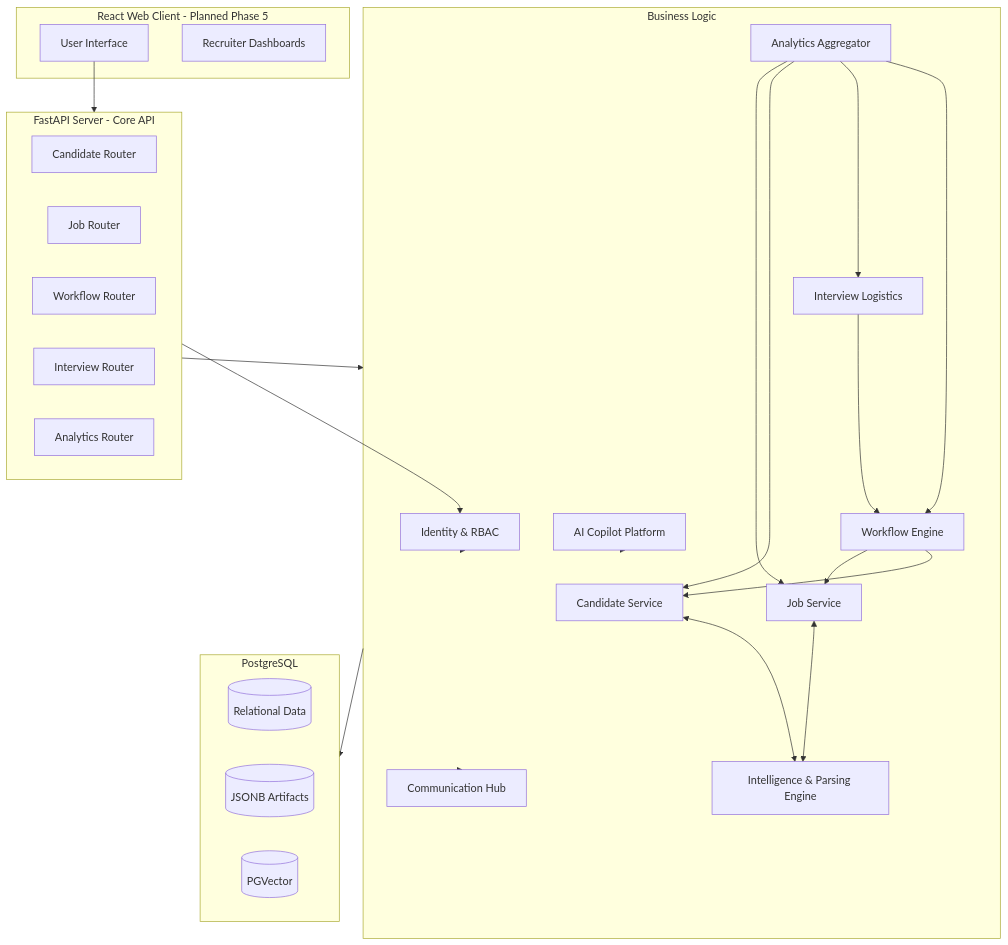
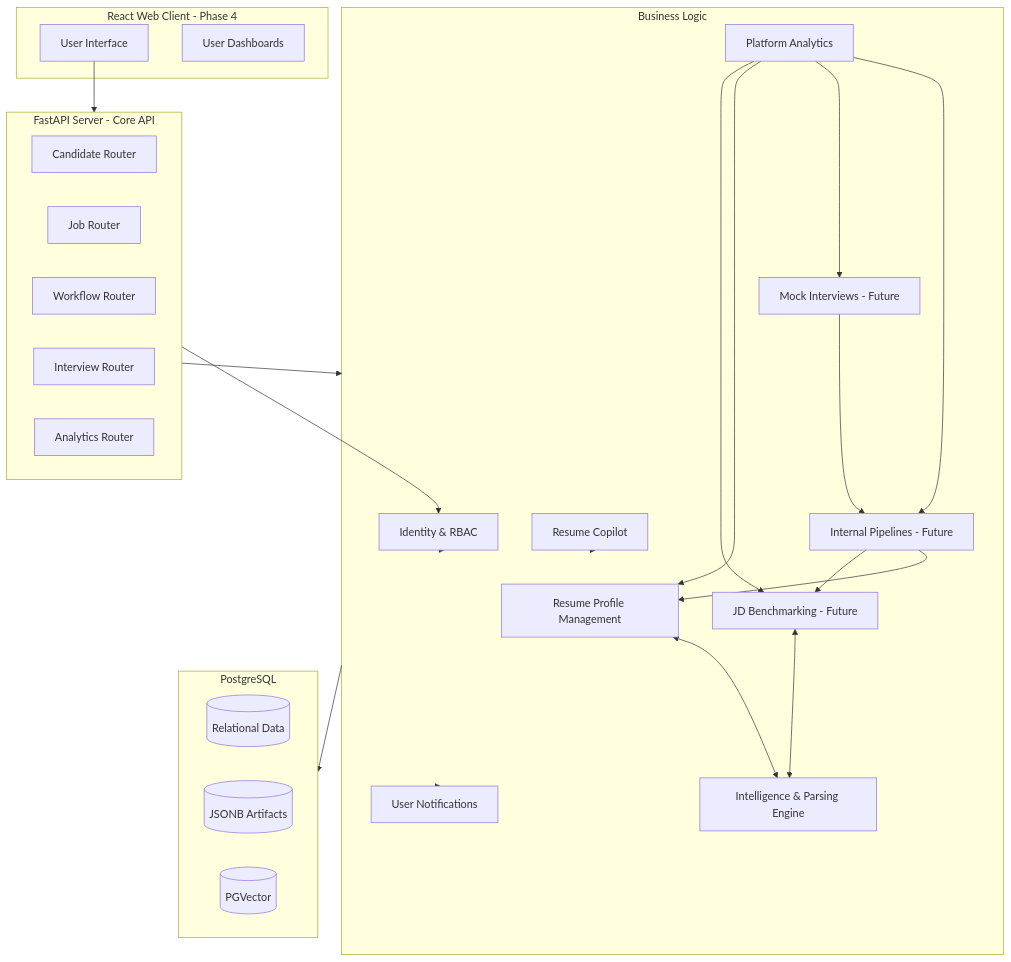
Before and after one commit to vanshbahl/resume-screener: the first of 5 diagrams in docs/04_APP_FLOW.md, drawn with Mermaid. The commit also changed other lines of this file and 16 other files, not shown here.

````diff
--- a/docs/04_APP_FLOW.md
+++ b/docs/04_APP_FLOW.md
@@ -9,45 +10,45 @@
 ```mermaid
 graph TD
-    subgraph Frontend [React Web Client - Planned Phase 5]
+    subgraph Frontend [React Web Client - Phase 4]
         UI[User Interface]
-        Dash[Recruiter Dashboards]
+        Dash[User Dashboards]
     end
 
     subgraph API [FastAPI Server - Core API]
         R1[Candidate Router]
         R2[Job Router]
         R3[Workflow Router]
         R4[Interview Router]
         R5[Analytics Router]
     end
 
     subgraph Domains [Business Logic]
-        C[Candidate Service]
-        J[Job Service]
-        W[Workflow Engine]
-        I[Interview Logistics]
-        A[Analytics Aggregator]
+        C[Resume Profile Management]
+        J[JD Benchmarking - Future]
+        W[Internal Pipelines - Future]
+        I[Mock Interviews - Future]
+        A[Platform Analytics]
         INT[Intelligence & Parsing Engine]
         ID[Identity & RBAC]
-        COM[Communication Hub]
-        AI[AI Copilot Platform]
+        COM[User Notifications]
+        AI[Resume Copilot]
     end
 
     subgraph Database [PostgreSQL]
         PG[(Relational Data)]
         JS[(JSONB Artifacts)]
         VEC[(PGVector)]
     end
 
     UI --> API
     API --> ID
     API --> Domains
     Domains --> Database
     C & J <--> INT
     W --> C & J
     I --> W
     A --> W & I & C & J
     ID -.-> Domains
     Domains -.-> COM
     AI -.-> Domains
 ```
````
